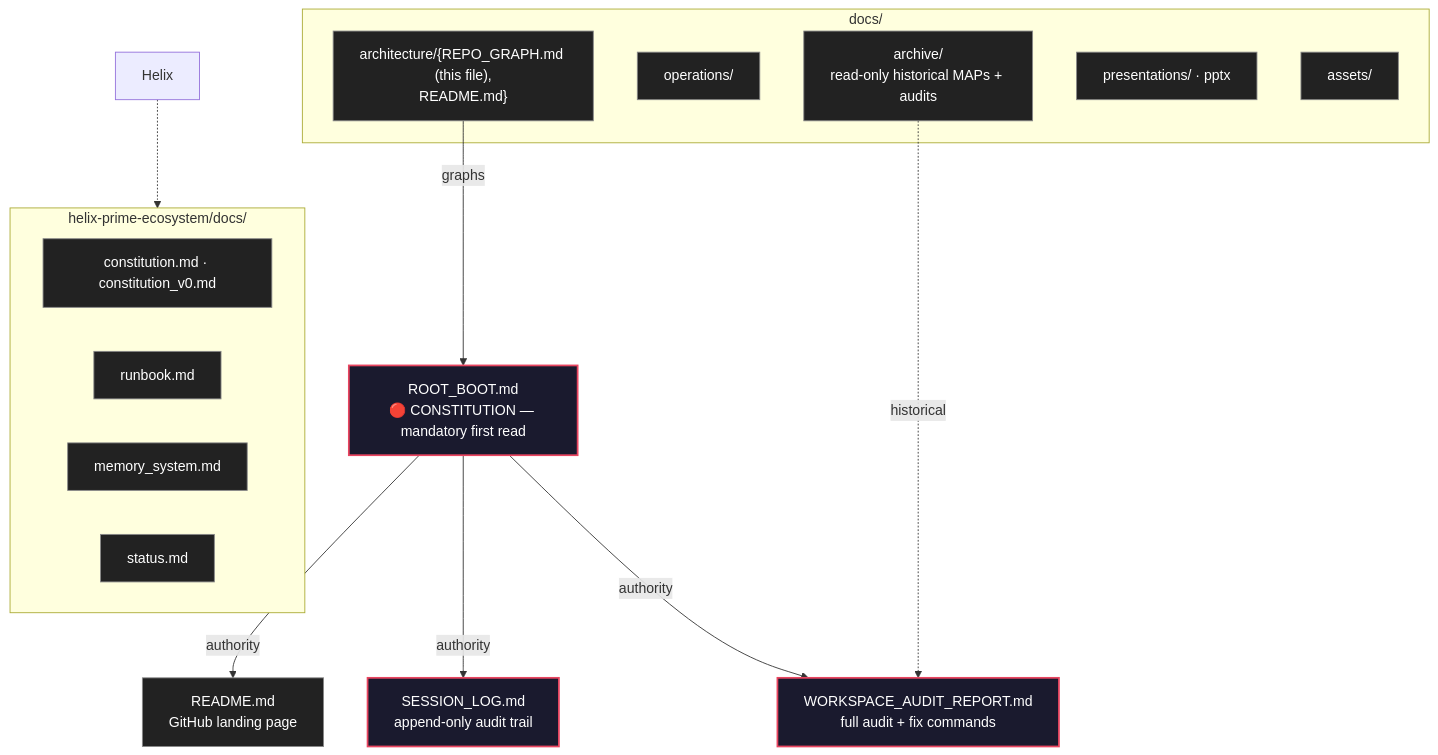
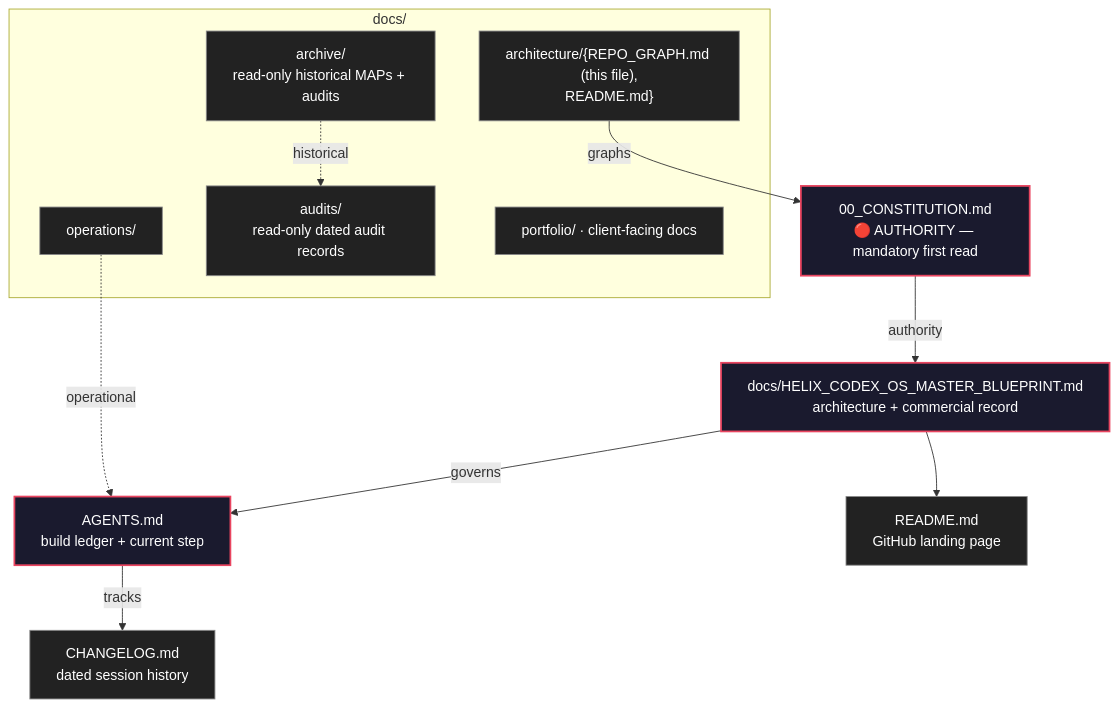
Before and after one commit to HatemIsmailShalaby1979/Helix-Prime: the fourth of 5 diagrams in docs/architecture/REPO_GRAPH.md, drawn with Mermaid. The commit also changed other lines of this file and 29 other files, not shown here.

Commit message:
docs: align marketing + docs with current repo status (621 tests, 9 agents, helix-api canonical, kill switch/metrics/audit chain real, Scoach pack built, LICENSE + tenancy resolved)

````diff
--- a/docs/architecture/REPO_GRAPH.md
+++ b/docs/architecture/REPO_GRAPH.md
@@ -230,34 +238,29 @@
 ```mermaid
 flowchart TD
-    ROOT_BOOT["ROOT_BOOT.md<br/>🔴 CONSTITUTION — mandatory first read"]
-    SESS["SESSION_LOG.md<br/>append-only audit trail"]
-    AUDIT["WORKSPACE_AUDIT_REPORT.md<br/>full audit + fix commands"]
+    CONST["00_CONSTITUTION.md<br/>🔴 AUTHORITY — mandatory first read"]
+    BLUEP["docs/HELIX_CODEX_OS_MASTER_BLUEPRINT.md<br/>architecture + commercial record"]
+    AGENTS["AGENTS.md<br/>build ledger + current step"]
     README["README.md<br/>GitHub landing page"]
+    CHANGES["CHANGELOG.md<br/>dated session history"]
 
     subgraph DOCS["docs/"]
         Arch["architecture/{REPO_GRAPH.md (this file),<br/>README.md}"]
         Ops["operations/"]
+        Audit["audits/<br/>read-only dated audit records"]
         Archive["archive/<br/>read-only historical MAPs + audits"]
-        Pres["presentations/ · pptx"]
-        Assets["assets/"]
+        Port["portfolio/ · client-facing docs"]
     end
 
-    subgraph HELIXDOCS["helix-prime-ecosystem/docs/"]
-        Const["constitution.md · constitution_v0.md"]
-        Runbook["runbook.md"]
-        MemSys["memory_system.md"]
-        Status["status.md"]
-    end
-
-    ROOT_BOOT -->|"authority"| README
-    ROOT_BOOT -->|"authority"| SESS
-    ROOT_BOOT -->|"authority"| AUDIT
-    Arch -->|"graphs"| ROOT_BOOT
-    Archive -.->|"historical"| AUDIT
-    Helix -.-> HELIXDOCS
+    CONST -->|"authority"| BLUEP
+    BLUEP -->|"governs"| AGENTS
+    AGENTS -->|"tracks"| CHANGES
+    BLUEP --> README
+    Arch -->|"graphs"| CONST
+    Ops -.->|"operational"| AGENTS
+    Archive -.->|"historical"| Audit
 
     classDef auth fill:#1a1a2e,stroke:#e94560,color:#fff,stroke-width:2px
     classDef doc fill:#222,stroke:#888,color:#fff
-    class ROOT_BOOT,SESS,AUDIT auth
-    class README,Arch,Ops,Archive,Pres,Assets,Const,Runbook,MemSys,Status doc
+    class CONST,BLUEP,AGENTS auth
+    class README,CHANGES,Arch,Ops,Audit,Archive,Port doc
 ```
````
